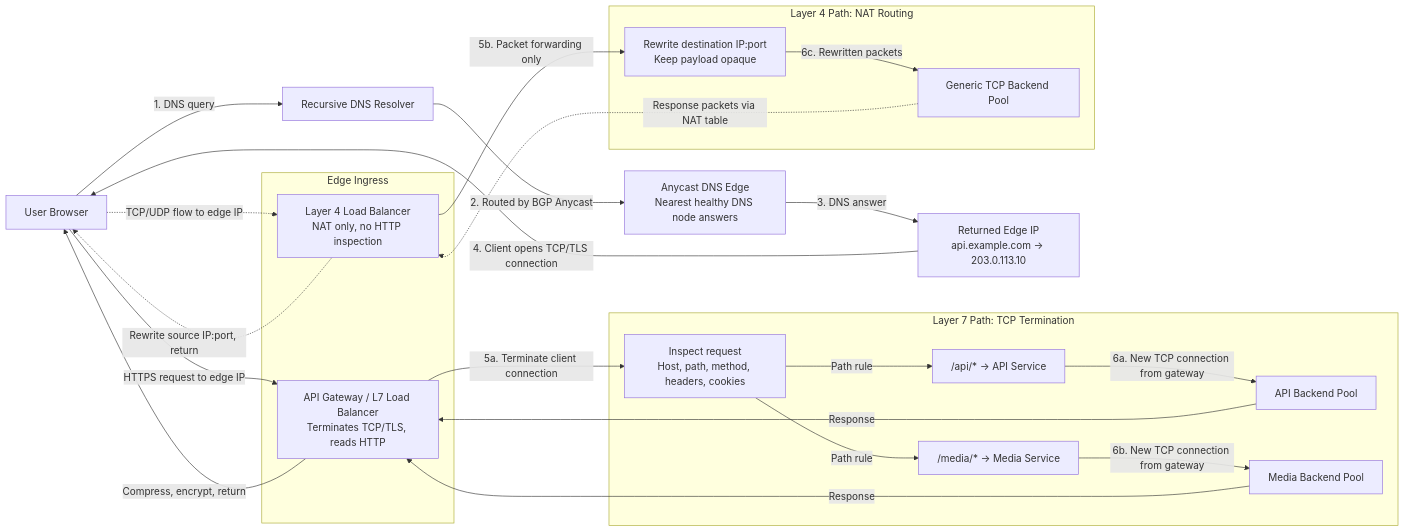
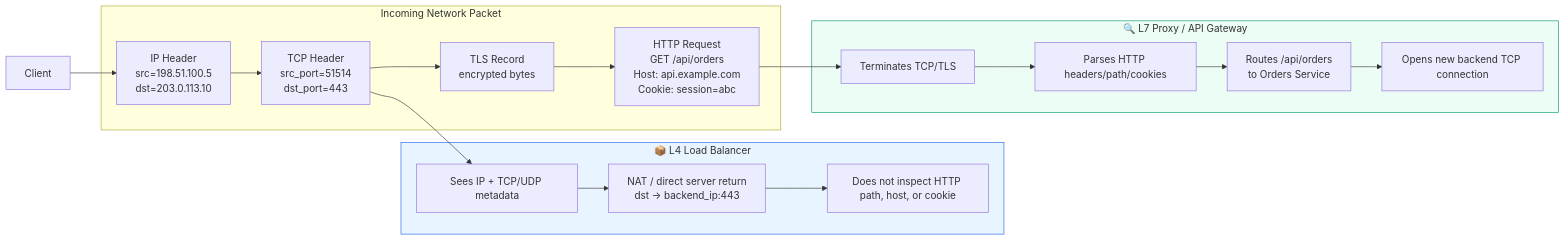
One commit to MachariaP/system-design-academy changed the second of 7 diagrams in modules/01-traffic-routing.md. Above: the diagram before and after it, drawn with Mermaid. The commit also changed other lines of this file, not shown here.

Commit message:
modified:   modules/01-traffic-routing.md

````diff
--- a/modules/01-traffic-routing.md
+++ b/modules/01-traffic-routing.md
@@ -40,48 +92,31 @@
 ```mermaid
 flowchart LR
-    User["User Browser"]
-    Resolver["Recursive DNS Resolver"]
-    AnycastDNS["Anycast DNS Edge<br/>Nearest healthy DNS node answers"]
-    EdgeIP["Returned Edge IP<br/>api.example.com -> 203.0.113.10"]
+    Client["Client"]
 
-    subgraph Edge["Edge Ingress"]
-        Gateway["API Gateway / L7 Load Balancer<br/>Terminates TCP/TLS, reads HTTP"]
-        L4LB["Layer 4 Load Balancer<br/>NAT only, no HTTP inspection"]
+    subgraph Packet["Incoming Network Packet"]
+        IP["IP Header<br/>src=198.51.100.5<br/>dst=203.0.113.10"]
+        TCP["TCP Header<br/>src_port=51514<br/>dst_port=443"]
+        TLS["TLS Record<br/>encrypted bytes"]
+        HTTP["HTTP Request<br/>GET /api/orders<br/>Host: api.example.com<br/>Cookie: session=abc"]
     end
 
-    subgraph L7Path["Layer 7 Path: TCP Termination"]
-        Parse["Inspect request<br/>Host, path, method, headers, cookies"]
-        RouteAPI["/api/* -> API Service"]
-        RouteMedia["/media/* -> Media Service"]
-        API["API Backend Pool"]
-        Media["Media Backend Pool"]
+    subgraph L4["📦 L4 Load Balancer"]
+        L4See["Sees IP + TCP/UDP metadata"]
+        NAT["NAT / direct server return<br/>dst -> backend_ip:443"]
+        L4Blind["Does not inspect HTTP path, host, or cookie"]
     end
 
-    subgraph L4Path["Layer 4 Path: NAT Routing"]
-        NAT["Rewrite destination IP:port<br/>Keep payload opaque"]
-        TCPPool["Generic TCP Backend Pool"]
+    subgraph L7["🔍 L7 Proxy / API Gateway"]
+        Terminate["Terminates TCP/TLS"]
+        Parse["Parses HTTP headers/path/cookies"]
+        Route["Routes /api/orders<br/>to Orders Service"]
+        NewConn["Opens new backend TCP connection"]
     end
 
-    User -->|"1. DNS query"| Resolver
-    Resolver -->|"2. Routed by BGP Anycast"| AnycastDNS
-    AnycastDNS -->|"3. DNS answer"| EdgeIP
-    EdgeIP -->|"4. Client opens TCP/TLS connection"| User
+    Client --> IP --> TCP --> TLS --> HTTP
+    TCP --> L4See --> NAT --> L4Blind
+    HTTP --> Terminate --> Parse --> Route --> NewConn
 
-    User -->|"HTTPS request to edge IP"| Gateway
-    User -.->|"TCP/UDP flow to edge IP"| L4LB
-
-    Gateway -->|"5a. Terminate client connection"| Parse
-    Parse -->|"Path rule"| RouteAPI
-    Parse -->|"Path rule"| RouteMedia
-    RouteAPI -->|"6a. New TCP connection from gateway"| API
-    RouteMedia -->|"6b. New TCP connection from gateway"| Media
-
-    L4LB -->|"5b. Packet forwarding only"| NAT
-    NAT -->|"6c. Rewritten packets"| TCPPool
-
-    API -->|"Response"| Gateway
-    Media -->|"Response"| Gateway
-    TCPPool -.->|"Response packets via NAT table"| L4LB
-    Gateway -->|"Compress, encrypt, return"| User
-    L4LB -.->|"Rewrite source IP:port, return"| User
+    style L4 fill:#e8f4ff,stroke:#2563eb
+    style L7 fill:#ecfdf5,stroke:#059669
 ```
````
